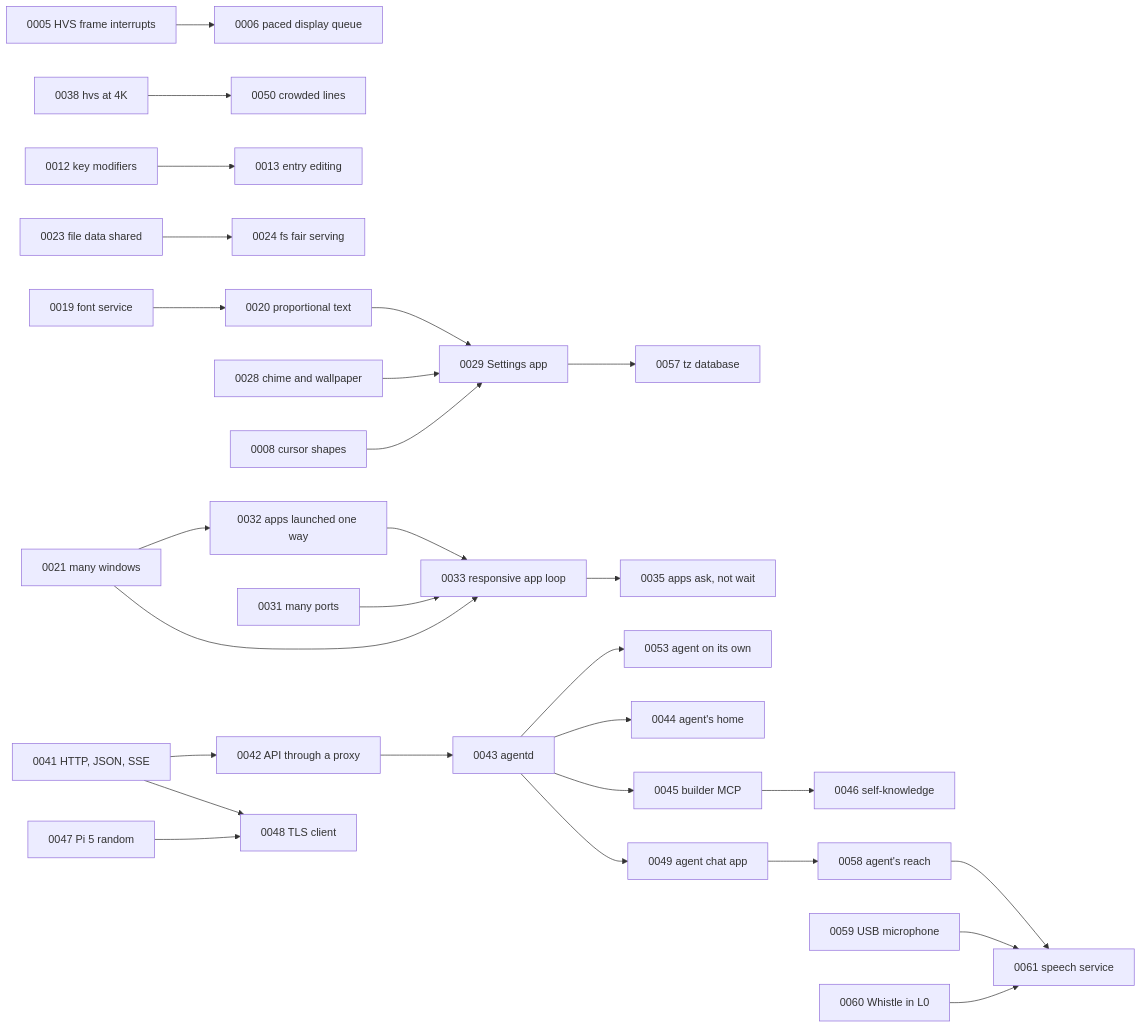
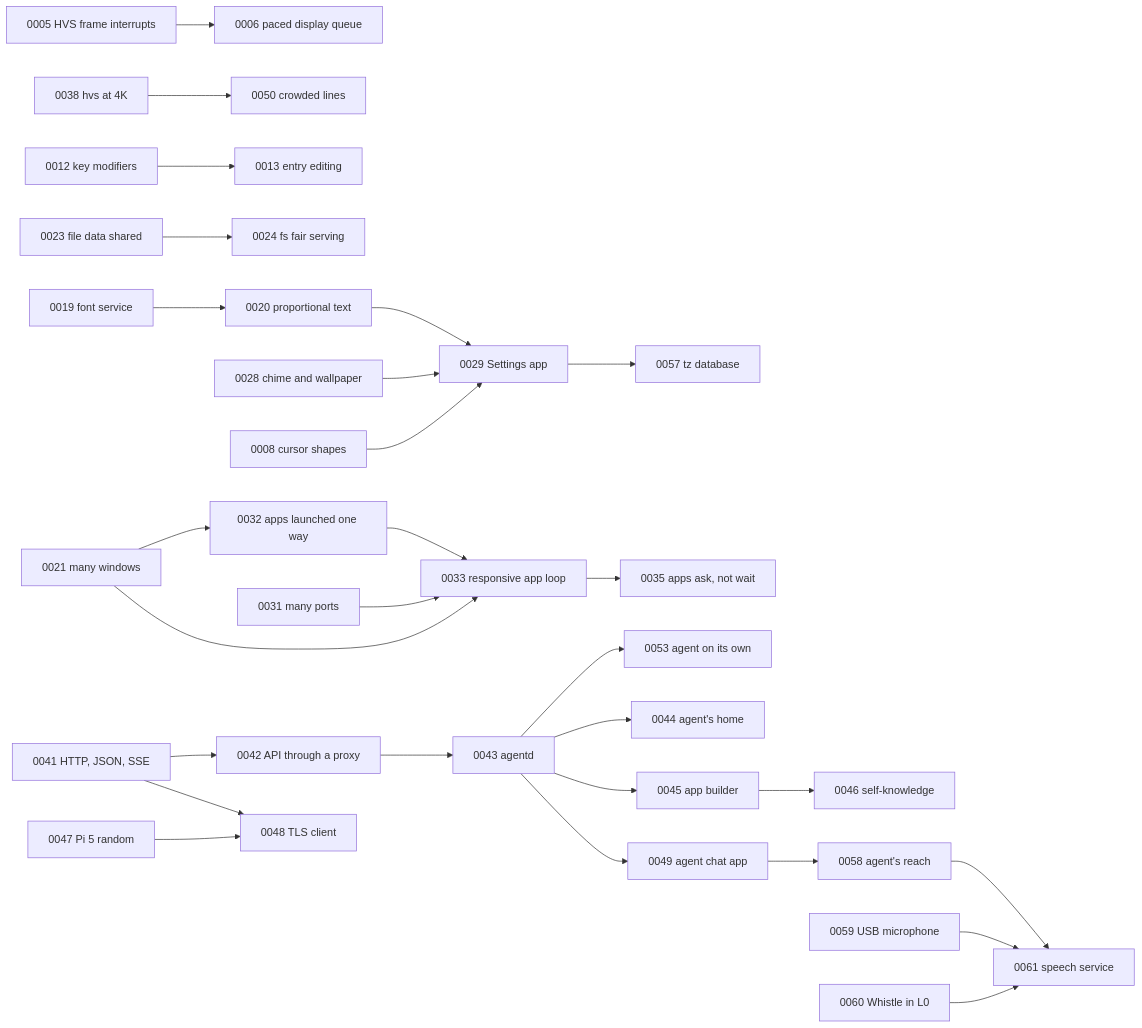
One commit to misleb/L0S changed the diagram in roadmap/INDEX.md. Above: the diagram before and after it, drawn with Mermaid. The commit also changed other lines of this file and 36 other files, not shown here.

First line of the commit message:
Roadmap 0045 done: the agent builds apps through the proxy

````diff
--- a/roadmap/INDEX.md
+++ b/roadmap/INDEX.md
@@ -74,30 +73,30 @@
 ```mermaid
 graph LR
   0005[0005 HVS frame interrupts] --> 0006[0006 paced display queue]
   0038[0038 hvs at 4K] --> 0050[0050 crowded lines]
   0012[0012 key modifiers] --> 0013[0013 entry editing]
   0019[0019 font service] --> 0020[0020 proportional text]
   0023[0023 file data shared] --> 0024[0024 fs fair serving]
   0028[0028 chime and wallpaper] --> 0029[0029 Settings app]
   0008[0008 cursor shapes] --> 0029
   0020 --> 0029
   0029 --> 0057[0057 tz database]
   0021[0021 many windows] --> 0032[0032 apps launched one way]
   0032 --> 0033[0033 responsive app loop]
   0033 --> 0035[0035 apps ask, not wait]
   0031[0031 many ports] --> 0033
   0021 --> 0033
   0041[0041 HTTP, JSON, SSE] --> 0042[0042 API through a proxy]
   0042 --> 0043[0043 agentd]
   0043 --> 0053[0053 agent on its own]
   0043 --> 0044[0044 agent's home]
-  0043 --> 0045[0045 builder MCP]
+  0043 --> 0045[0045 app builder]
   0045 --> 0046[0046 self-knowledge]
   0043 --> 0049[0049 agent chat app]
   0049 --> 0058[0058 agent's reach]
   0058 --> 0061[0061 speech service]
   0059[0059 USB microphone] --> 0061
   0060[0060 Whistle in L0] --> 0061
   0041 --> 0048[0048 TLS client]
   0047[0047 Pi 5 random] --> 0048
 ```
````
